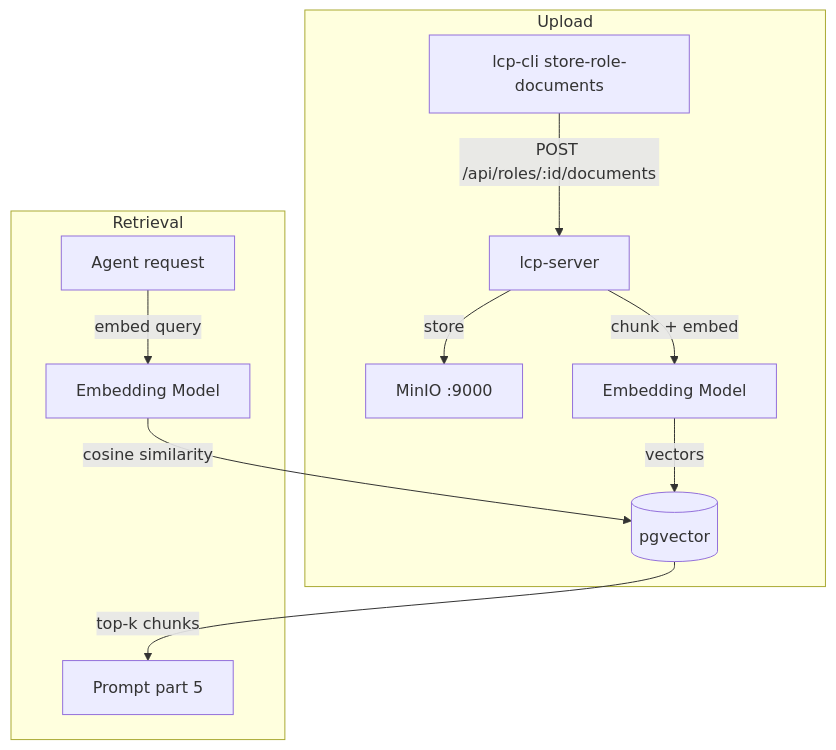
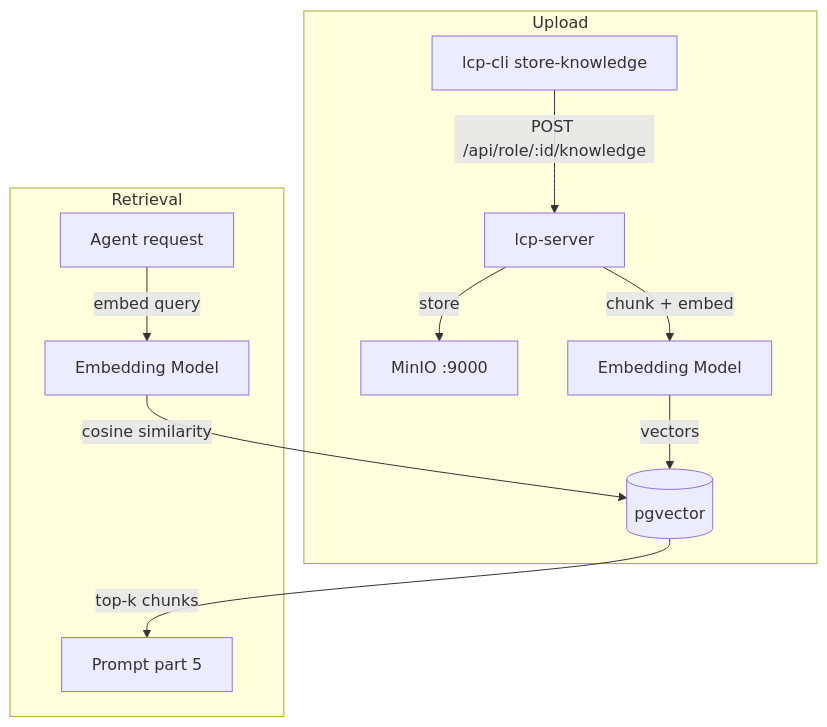
One commit to instantiator/tcp-server changed the diagram in docs/manual-testing/05-rag-documents.md. Above: the diagram before and after it, drawn with Mermaid. The commit also changed other lines of this file and 56 other files, not shown here.

Commit message:
10.2.1 - knowledge folders and knowledge api

````diff
--- a/docs/manual-testing/05-rag-documents.md
+++ b/docs/manual-testing/05-rag-documents.md
@@ -11,15 +11,15 @@
 ```mermaid
 flowchart TD
     subgraph Upload
-        CLI[lcp-cli store-role-documents] -->|POST /api/roles/:id/documents| API[lcp-server]
+        CLI[lcp-cli store-knowledge] -->|POST /api/role/:id/knowledge| API[lcp-server]
         API -->|store| MIO[MinIO :9000]
         API -->|chunk + embed| EMBED[Embedding Model]
         EMBED -->|vectors| PG[(pgvector)]
     end
 
     subgraph Retrieval
         AGENT[Agent request] -->|embed query| EMBED2[Embedding Model]
         EMBED2 -->|cosine similarity| PG
         PG -->|top-k chunks| PROMPT[Prompt part 5]
     end
 ```
````
